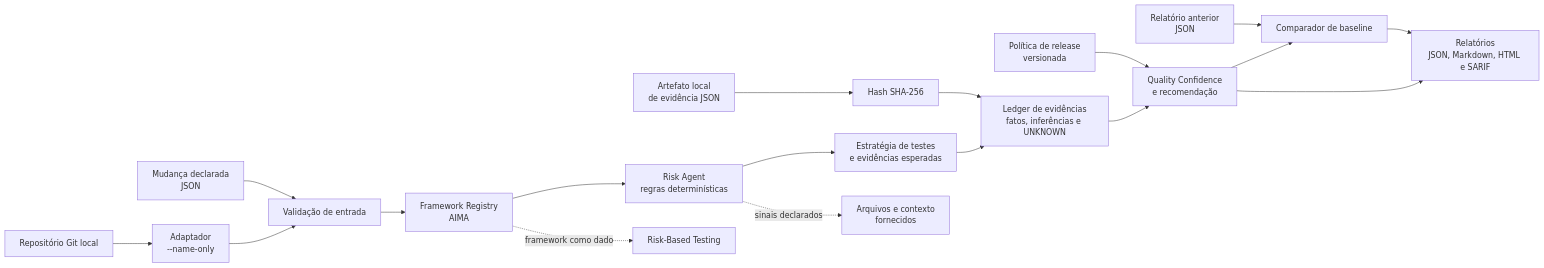
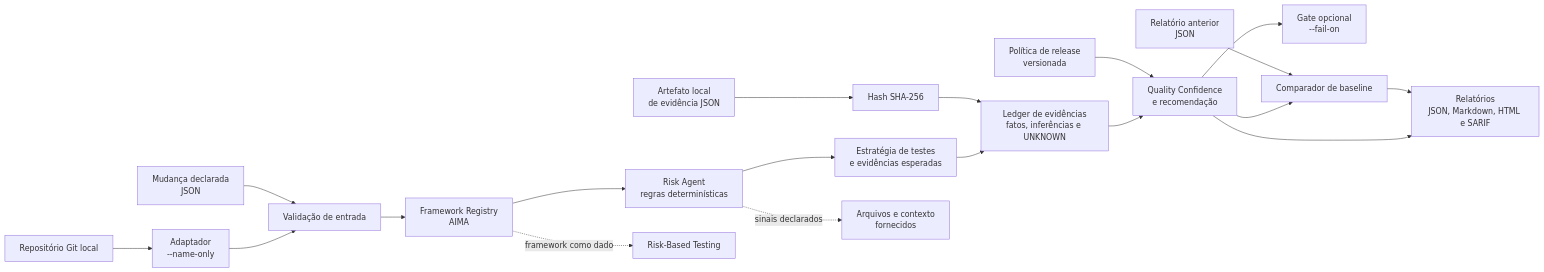
Before and after one commit to jonasqasoftware/aima-agentic-qe: the diagram in ARCHITECTURE.md, drawn with Mermaid. The commit also changed other lines of this file and 7 other files, not shown here.

````diff
--- a/ARCHITECTURE.md
+++ b/ARCHITECTURE.md
@@ -7,21 +7,22 @@
 ```mermaid
 flowchart LR
   Input["Mudança declarada\nJSON"] --> Validate["Validação de entrada"]
   Git["Repositório Git local"] --> Diff["Adaptador\n--name-only"]
   Diff --> Validate
   Artifact["Artefato local\nde evidência JSON"] --> Hash["Hash SHA-256"]
   Hash --> Ledger
   Validate --> Registry["Framework Registry\nAIMA"]
   Registry --> Risk["Risk Agent\nregras determinísticas"]
   Risk --> Strategy["Estratégia de testes\ne evidências esperadas"]
   Strategy --> Ledger["Ledger de evidências\nfatos, inferências e UNKNOWN"]
   Policy["Política de release\nversionada"] --> Decision
   Ledger --> Decision["Quality Confidence\ne recomendação"]
+  Decision --> Gate["Gate opcional\n--fail-on"]
   Baseline["Relatório anterior\nJSON"] --> Compare["Comparador de baseline"]
   Decision --> Compare
   Compare --> Report
   Decision --> Report["Relatórios\nJSON, Markdown, HTML e SARIF"]
 
   Registry -. "framework como dado" .-> Framework["Risk-Based Testing"]
   Risk -. "sinais declarados" .-> Change["Arquivos e contexto\nfornecidos"]
 ```
````
